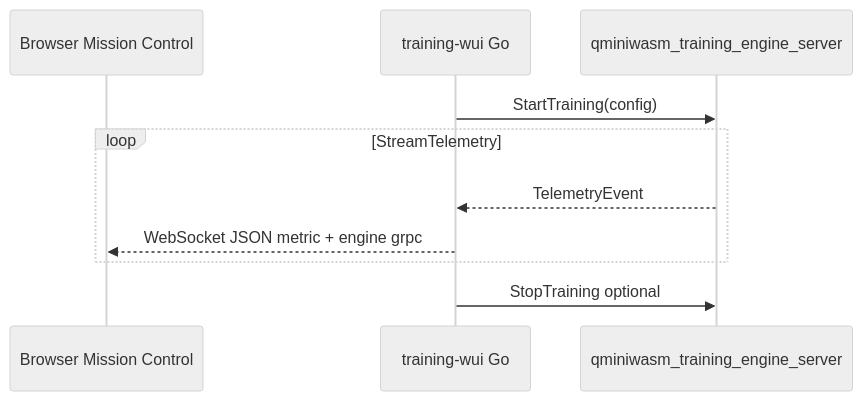
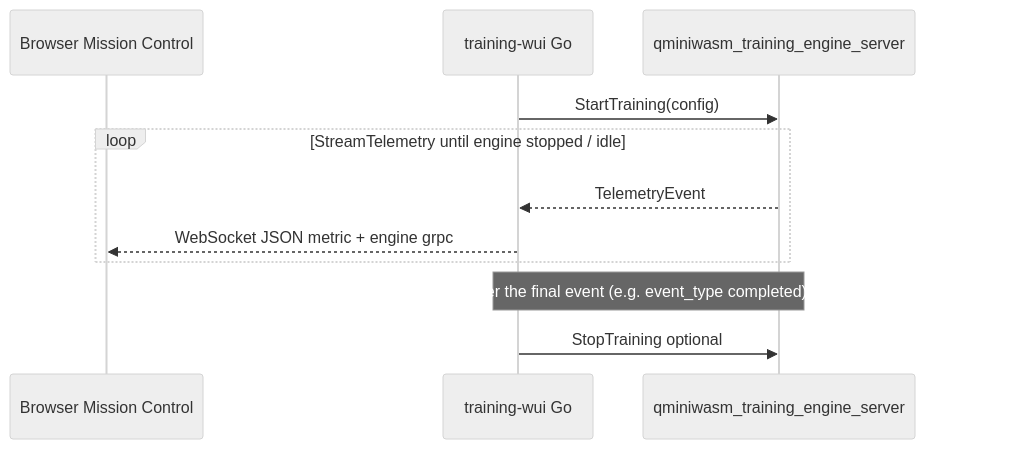
Before and after one commit to kennetholsenatm-gif/q_mini_wasm_v2: the diagram in cpp/training/README.md, drawn with Mermaid (neutral theme). The commit also changed other lines of this file and 80 other files, not shown here.

````diff
--- a/cpp/training/README.md
+++ b/cpp/training/README.md
@@ -27,12 +117,13 @@
 ```mermaid
 sequenceDiagram
   participant MC as Browser Mission Control
   participant WUI as training-wui Go
   participant ENG as qminiwasm_training_engine_server
   WUI->>ENG: StartTraining(config)
-  loop StreamTelemetry
+  loop StreamTelemetry until engine stopped / idle
     ENG-->>WUI: TelemetryEvent
     WUI-->>MC: WebSocket JSON metric + engine grpc
   end
+  Note over ENG,WUI: Server ends the stream after the final event (e.g. event_type completed) so the Go client sees EOF.
   WUI->>ENG: StopTraining optional
 ```
````
